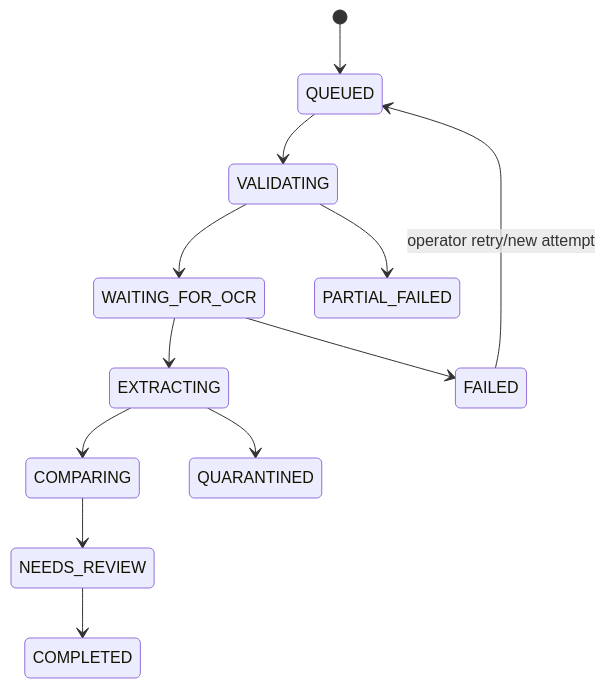
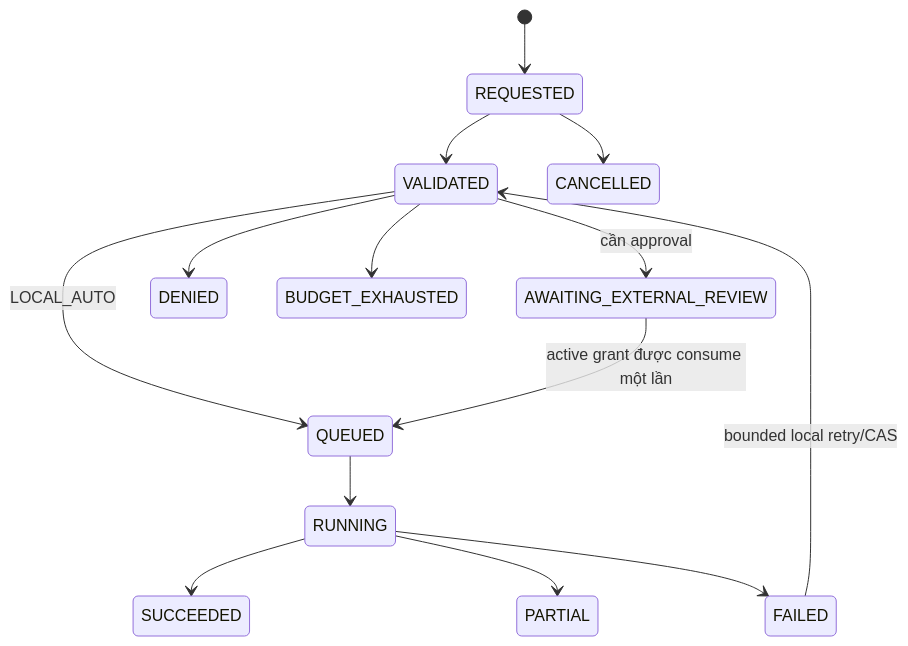
Before and after one commit to AI20K-VGR/contract-intelligence-core: diagram 16 of 31 in docs/DOC-04-architecture.md, drawn with Mermaid. The commit also changed other lines of this file and 59 other files, not shown here.

Commit message:
docs: consolidate architecture and IDP documentation

````diff
--- a/docs/DOC-04-architecture.md
+++ b/docs/DOC-04-architecture.md
@@ -61,14 +369,16 @@
 ```mermaid
 stateDiagram-v2
-  [*] --> QUEUED
-  QUEUED --> VALIDATING
-  VALIDATING --> WAITING_FOR_OCR
-  WAITING_FOR_OCR --> EXTRACTING
-  EXTRACTING --> COMPARING
-  COMPARING --> NEEDS_REVIEW
-  NEEDS_REVIEW --> COMPLETED
-  VALIDATING --> PARTIAL_FAILED
-  WAITING_FOR_OCR --> FAILED
-  EXTRACTING --> QUARANTINED
-  FAILED --> QUEUED: operator retry/new attempt
+  [*] --> REQUESTED
+  REQUESTED --> VALIDATED
+  VALIDATED --> QUEUED: LOCAL_AUTO
+  VALIDATED --> AWAITING_EXTERNAL_REVIEW: cần approval
+  AWAITING_EXTERNAL_REVIEW --> QUEUED: active grant được consume một lần
+  QUEUED --> RUNNING
+  RUNNING --> SUCCEEDED
+  RUNNING --> PARTIAL
+  RUNNING --> FAILED
+  FAILED --> VALIDATED: bounded local retry/CAS
+  VALIDATED --> DENIED
+  REQUESTED --> CANCELLED
+  VALIDATED --> BUDGET_EXHAUSTED
 ```
````
